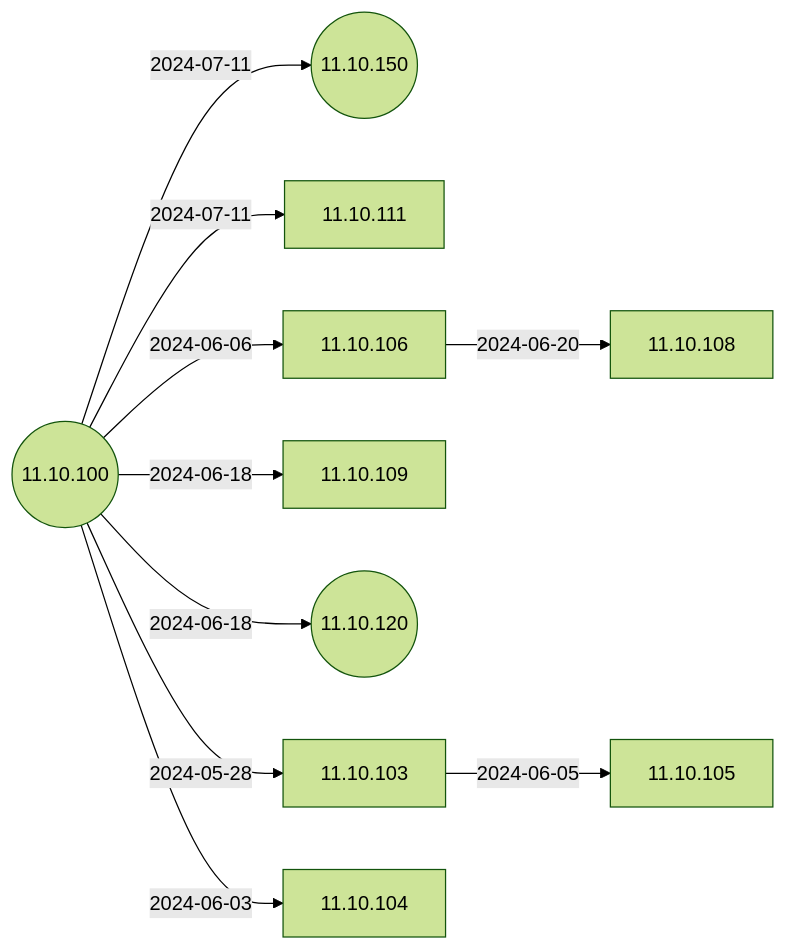
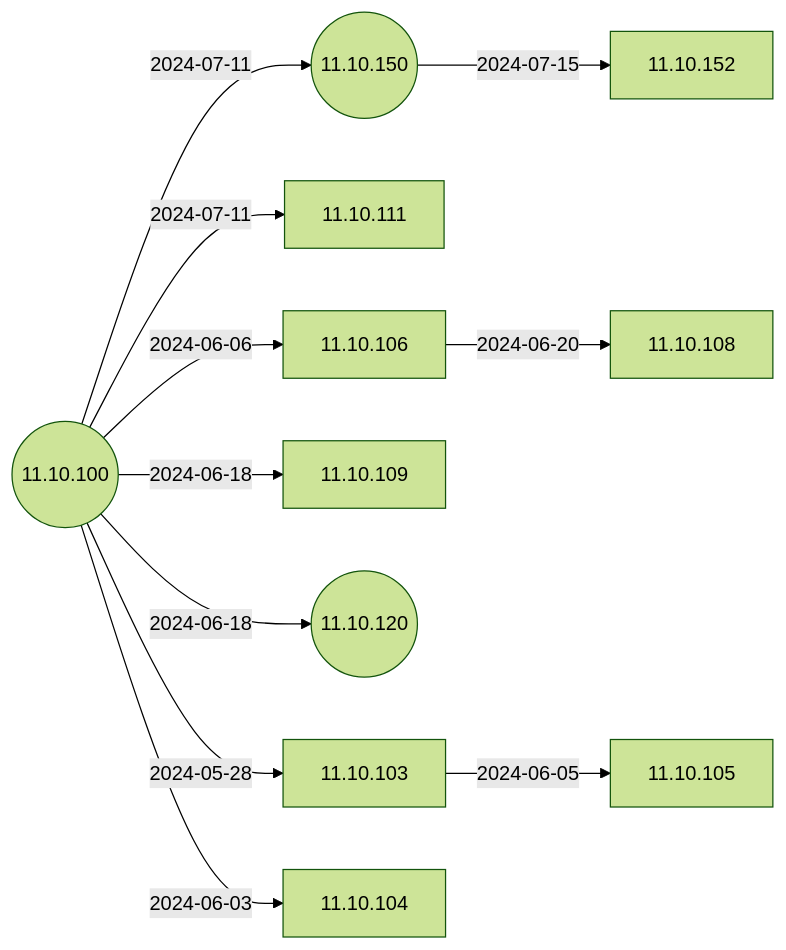
The second of 6 diagrams in docs/Docs/ReleaseNotes/01-OS11/README.md (IGEL-Community/IGEL-Docs-v02), drawn with Mermaid (forest theme) before and after one commit. The commit also changed other lines of this file and 3 other files, not shown here.

````diff
--- a/docs/Docs/ReleaseNotes/01-OS11/README.md
+++ b/docs/Docs/ReleaseNotes/01-OS11/README.md
@@ -41,23 +41,25 @@
 ```mermaid
 flowchart LR
+    11.10.150-- 2024-07-15 -->11.10.152
     11.10.100-- 2024-07-11 -->11.10.150((11.10.150))
     11.10.100-- 2024-07-11 -->11.10.111
     11.10.106-- 2024-06-20 -->11.10.108
     11.10.100-- 2024-06-18 -->11.10.109
     11.10.100-- 2024-06-18 -->11.10.120((11.10.120))
     11.10.100-- 2024-06-06 -->11.10.106
     11.10.103-- 2024-06-05 -->11.10.105
     11.10.100-- 2024-06-03 -->11.10.104
     11.10.100-- 2024-05-28 -->11.10.103
     11.10.100((11.10.100))
+    click 11.10.152 "https://github.com/IGEL-Community/IGEL-Docs-v02/tree/main/docs/Docs/ReleaseNotes/01-OS11/readme11.10.152.txt" _blank
     click 11.10.111 "https://github.com/IGEL-Community/IGEL-Docs-v02/tree/main/docs/Docs/ReleaseNotes/01-OS11/readme11.10.111.txt" _blank
     click 11.10.150 "https://github.com/IGEL-Community/IGEL-Docs-v02/tree/main/docs/Docs/ReleaseNotes/01-OS11/readme11.10.150.txt" _blank
     click 11.10.108 "https://github.com/IGEL-Community/IGEL-Docs-v02/tree/main/docs/Docs/ReleaseNotes/01-OS11/readme11.10.108.txt" _blank
     click 11.10.109 "https://github.com/IGEL-Community/IGEL-Docs-v02/tree/main/docs/Docs/ReleaseNotes/01-OS11/readme11.10.109.txt" _blank
     click 11.10.120 "https://github.com/IGEL-Community/IGEL-Docs-v02/tree/main/docs/Docs/ReleaseNotes/01-OS11/readme11.10.120.txt" _blank
     click 11.10.106 "https://github.com/IGEL-Community/IGEL-Docs-v02/tree/main/docs/Docs/ReleaseNotes/01-OS11/readme11.10.106.txt" _blank
     click 11.10.105 "https://github.com/IGEL-Community/IGEL-Docs-v02/tree/main/docs/Docs/ReleaseNotes/01-OS11/readme11.10.105.txt" _blank
     click 11.10.104 "https://github.com/IGEL-Community/IGEL-Docs-v02/tree/main/docs/Docs/ReleaseNotes/01-OS11/readme11.10.104.txt" _blank
     click 11.10.103 "https://github.com/IGEL-Community/IGEL-Docs-v02/tree/main/docs/Docs/ReleaseNotes/01-OS11/readme11.10.103.txt" _blank
     click 11.10.100 "https://github.com/IGEL-Community/IGEL-Docs-v02/tree/main/docs/Docs/ReleaseNotes/01-OS11/readme11.10.100.txt" _blank
 ```
````
